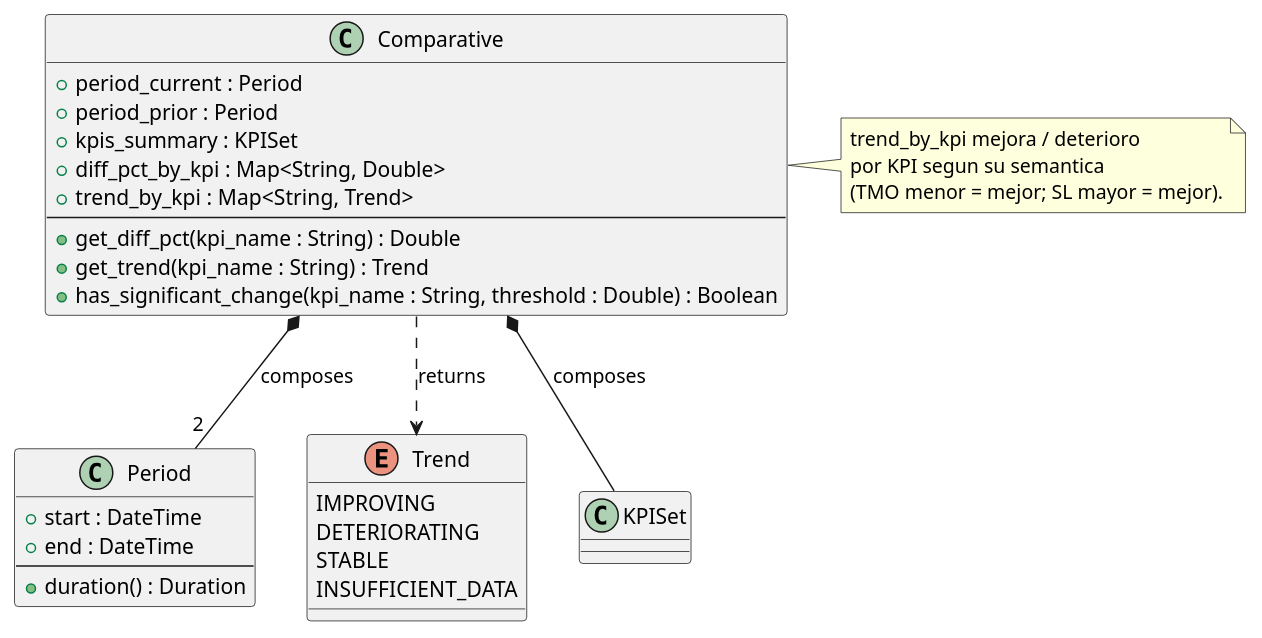
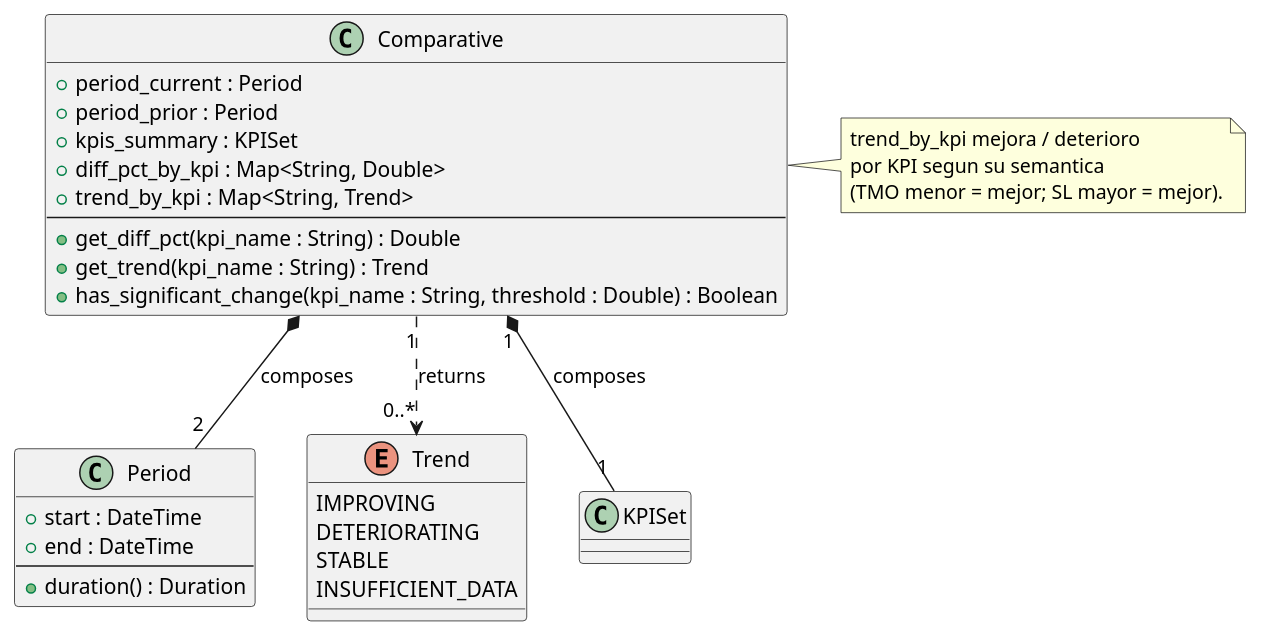
Before and after one commit to jcg-admin/IACT-docs: the diagram in source/arquitectura-tecnica/domain-model/comparative.rst, drawn with PlantUML. The commit also changed 44 other files, not shown here.

First line of the commit message:
Apply UML rigor pass batch 3: sweep multiplicities + checklist

```diff
--- a/source/arquitectura-tecnica/domain-model/comparative.rst
+++ b/source/arquitectura-tecnica/domain-model/comparative.rst
@@ -27,45 +27,45 @@
 .. uml::
  :caption: Clase Comparative — variaciones de KPI entre
            período actual y anterior.
 
  @startuml
 
  class Comparative {
    + period_current : Period
    + period_prior : Period
    + kpis_summary : KPISet
    + diff_pct_by_kpi : Map<String, Double>
    + trend_by_kpi : Map<String, Trend>
    --
    + get_diff_pct(kpi_name : String) : Double
    + get_trend(kpi_name : String) : Trend
    + has_significant_change(kpi_name : String, threshold : Double) : Boolean
  }
 
  class Period {
    + start : DateTime
    + end : DateTime
    --
    + duration() : Duration
  }
 
  enum Trend {
    IMPROVING
    DETERIORATING
    STABLE
    INSUFFICIENT_DATA
  }
 
  class KPISet
 
  Comparative *-- "2" Period : composes
- Comparative *-- KPISet : composes
- Comparative ..> Trend : returns
+ Comparative "1" *-- "1" KPISet : composes
+ Comparative "1" ..> "0..*" Trend : returns
 
  note right of Comparative
    trend_by_kpi mejora / deterioro
    por KPI segun su semantica
    (TMO menor = mejor; SL mayor = mejor).
  end note
 
  @enduml
```
